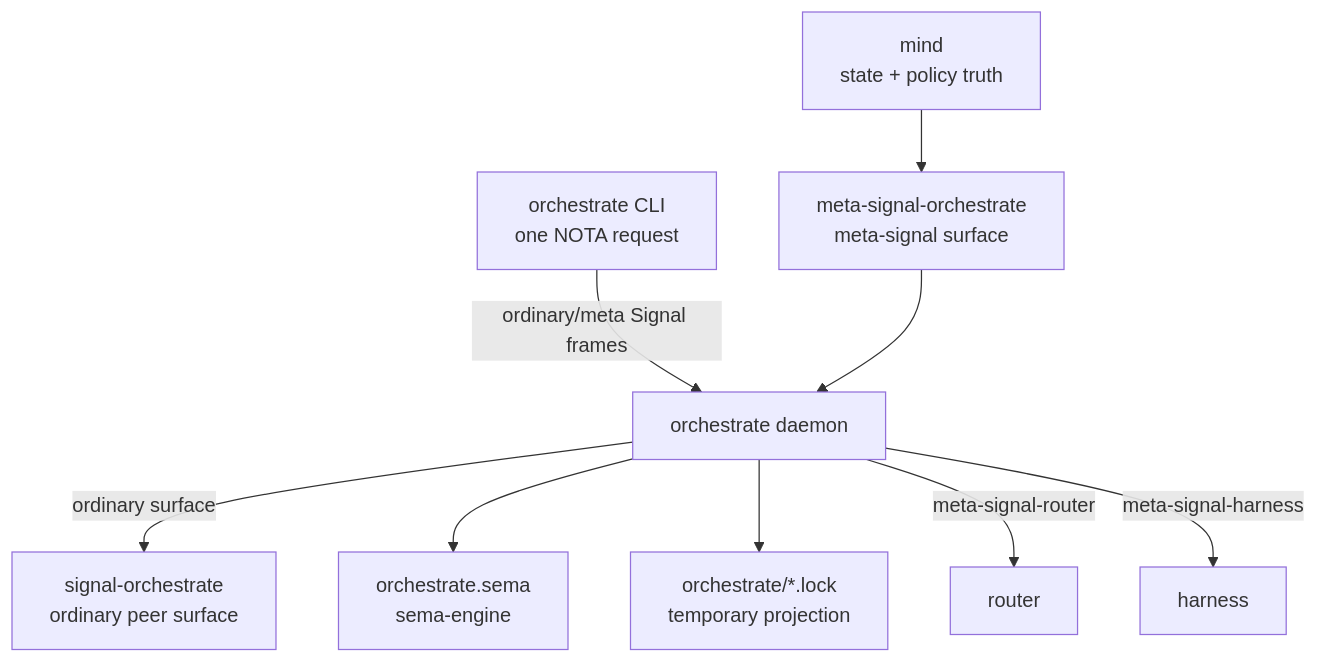
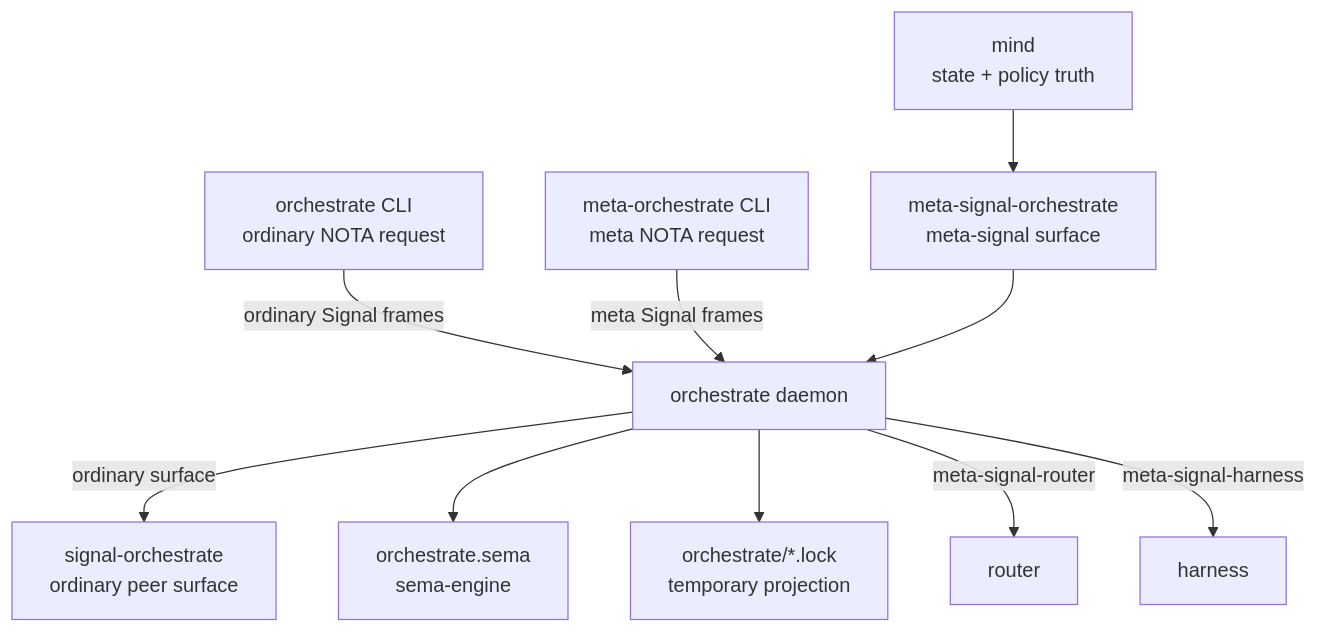
One commit to LiGoldragon/orchestrate changed the diagram in ARCHITECTURE.md. Above: the diagram before and after it, drawn with Mermaid. The commit also changed other lines of this file and 15 other files, not shown here.

Commit message:
orchestrate: split ordinary and meta signal cli clients

````diff
--- a/ARCHITECTURE.md
+++ b/ARCHITECTURE.md
@@ -77,21 +78,23 @@
 ```mermaid
 flowchart TB
     mind["mind<br/>state + policy truth"]
-    cli["orchestrate CLI<br/>one NOTA request"]
+    cli["orchestrate CLI<br/>ordinary NOTA request"]
+    metacli["meta-orchestrate CLI<br/>meta NOTA request"]
     daemon["orchestrate daemon"]
     ordinary["signal-orchestrate<br/>ordinary peer surface"]
     meta["meta-signal-orchestrate<br/>meta-signal surface"]
     store["orchestrate.sema<br/>sema-engine"]
     router["router"]
     harness["harness"]
     locks["orchestrate/*.lock<br/>temporary projection"]
 
-    cli -- "ordinary/meta Signal frames" --> daemon
+    cli -- "ordinary Signal frames" --> daemon
+    metacli -- "meta Signal frames" --> daemon
     daemon -- "ordinary surface" --> ordinary
     mind --> meta
     meta --> daemon
     daemon --> store
     daemon --> locks
     daemon -- "meta-signal-router" --> router
     daemon -- "meta-signal-harness" --> harness
 ```
````
